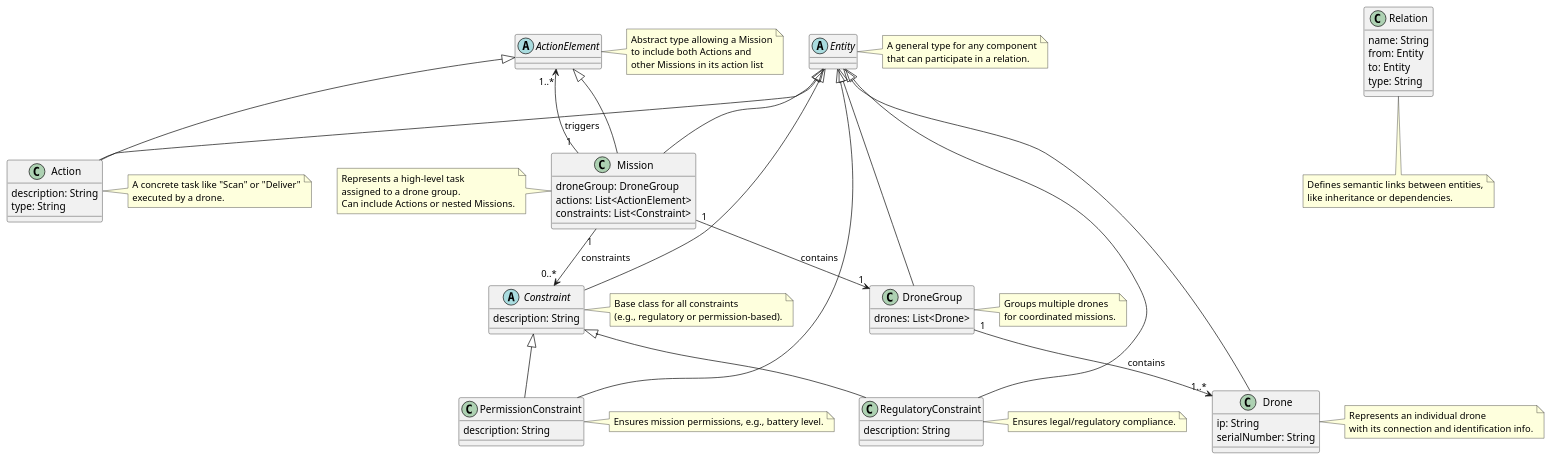
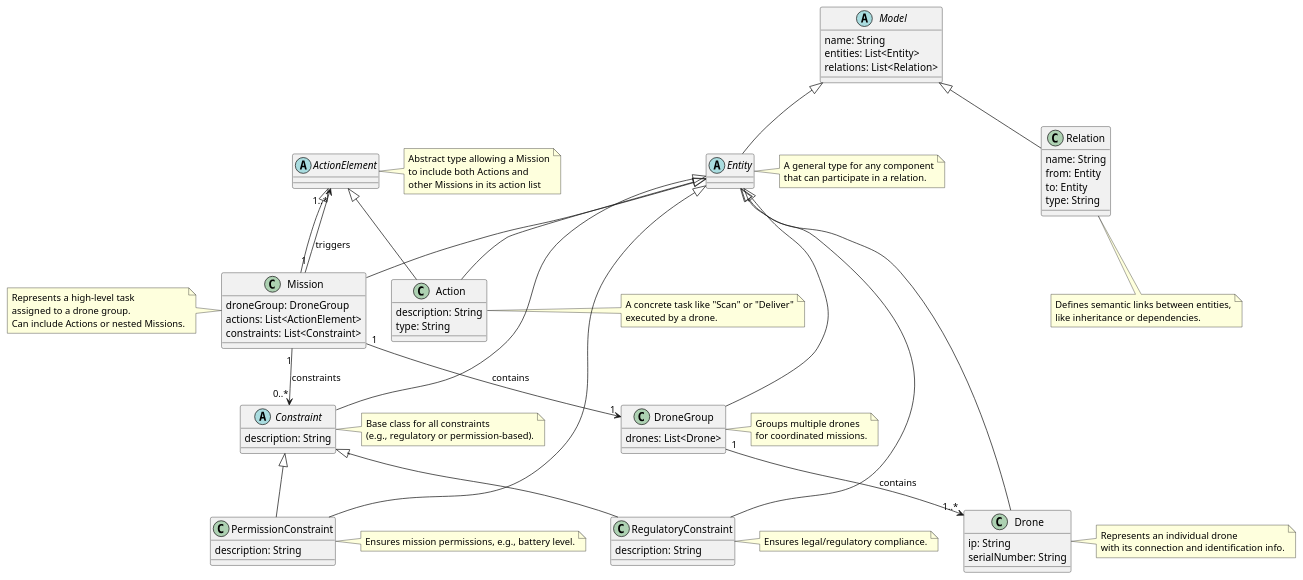
One commit to Muhammed-als/Group-M-Drones-MBSD changed the diagram in Metamodeling/metamodel_Final.puml. Above: the diagram before and after it, drawn with PlantUML. The commit also changed 23 other files, not shown here.

```diff
--- a/Metamodeling/metamodel_Final.puml
+++ b/Metamodeling/metamodel_Final.puml
@@ -1,109 +1,118 @@
 @startuml
 
 ' === Abstract/Interface Types ===
 abstract class ActionElement
 note right of ActionElement
   Abstract type allowing a Mission
   to include both Actions and
   other Missions in its action list
 end note
 
 ' === Concrete Classes ===
 class Mission {
     droneGroup: DroneGroup
     actions: List<ActionElement>
     constraints: List<Constraint>
 }
 note left of Mission
   Represents a high-level task
   assigned to a drone group.
   Can include Actions or nested Missions.
 end note
 
 class DroneGroup {
     drones: List<Drone>
 }
 note right of DroneGroup
   Groups multiple drones
   for coordinated missions.
 end note
 
 class Drone {
     ip: String
     serialNumber: String
 }
 note right of Drone
   Represents an individual drone
   with its connection and identification info.
 end note
 
 class Action {
     description: String
     type: String
 }
 note right of Action
   A concrete task like "Scan" or "Deliver"
   executed by a drone.
 end note
 
 abstract Constraint {
     description: String
 }
 note right of Constraint
   Base class for all constraints
   (e.g., regulatory or permission-based).
 end note
 
 class PermissionConstraint {
     description: String
 }
 note right of PermissionConstraint
   Ensures mission permissions, e.g., battery level.
 end note
 
 class RegulatoryConstraint {
     description: String
 }
 note right of RegulatoryConstraint
   Ensures legal/regulatory compliance.
 end note
 
 class Relation {
     name: String
     from: Entity
     to: Entity
     type: String
 }
 note bottom of Relation
   Defines semantic links between entities,
   like inheritance or dependencies.
 end note
 
 abstract class Entity
 note right of Entity
   A general type for any component
   that can participate in a relation.
 end note
 
+abstract class Model {
+  name: String
+  entities: List<Entity>
+  relations: List<Relation>
+}
+
+Model <|-- Entity
+Model <|-- Relation
+
 ' === Inheritance ===
 ActionElement <|-- Mission
 ActionElement <|-- Action
 
 Constraint <|-- PermissionConstraint
 Constraint <|-- RegulatoryConstraint
 
 Entity <|-- Mission
 Entity <|-- DroneGroup
 Entity <|-- Drone
 Entity <|-- Action
 Entity <|-- Constraint
 Entity <|-- PermissionConstraint
 Entity <|-- RegulatoryConstraint
 
 ' === Relationships ===
 Mission "1" --> "1" DroneGroup : contains
 Mission "1" --> "1..*" ActionElement : triggers
 Mission "1" --> "0..*" Constraint : constraints
 DroneGroup "1" --> "1..*" Drone : contains
 
 @enduml
```
